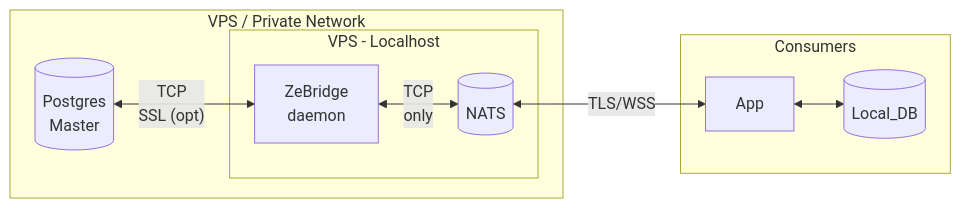
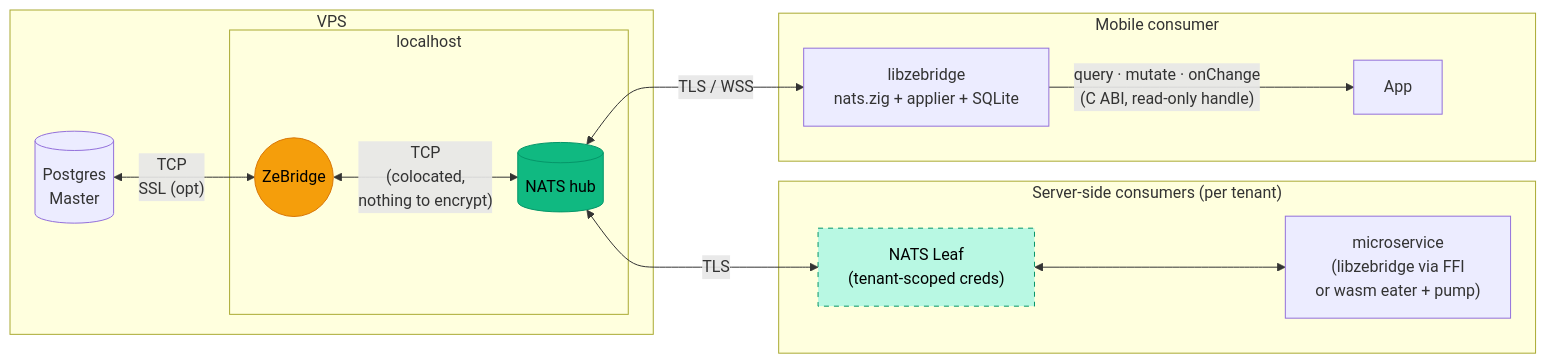
One commit to ndrean/ZeBridge changed the first of 2 diagrams in README.md. Above: the diagram before and after it, drawn with Mermaid. The commit also changed other lines of this file and 19 other files, not shown here.

````diff
--- a/README.md
+++ b/README.md
@@ -69,20 +74,30 @@
 ```mermaid
 flowchart LR
-    subgraph VPS["VPS / Private Network"]
-        PG[("Postgres <br> Master")]
-        subgraph Localhost ["VPS - Localhost"]
-        Bridge["ZeBridge <br> daemon"]
-        NATS[("NATS")]
+     subgraph VPS["VPS"]
+        PG[("Postgres<br>Master")]
+        subgraph Localhost ["localhost"]
+            Bridge(("ZeBridge"))
+            NATS[("NATS hub")]
+        end
+        PG <-- "TCP<br>SSL (opt)" --> Bridge
+        Bridge <--> |"TCP<br>(colocated,<br>nothing to encrypt)"| NATS
     end
 
-    PG <-- "TCP <br> SSL (opt)" --> Bridge
-  
-    Bridge <--> |"TCP" <br> only| NATS
-    end
-    NATS <-- TLS/WSS --> App
+    NATS <-- "TLS" --> NATS_L
+    NATS <-- "TLS / WSS" --> Lib
 
 
-    subgraph Consumers["Consumers"]
-        App["App"] <--> LocalDB[("Local_DB")]
+     subgraph Edge["Server-side consumers (per tenant)"]
+        NATS_L["NATS Leaf<br>(tenant-scoped creds)"]
+        NATS_L <--> Svc["microservice<br>(libzebridge via FFI<br>or wasm eater + pump)"]
     end
+
+    subgraph Mobile["Mobile consumer"]
+        Lib["libzebridge<br>nats.zig + applier + SQLite"]
+        Lib -- "query · mutate · onChange<br>(C ABI, read-only handle)" --> App["App"]
+    end
+
+    style Bridge fill:#f59e0b,stroke:#d97706,color:#000
+    style NATS fill:#10b981,stroke:#059669,color:#000
+    style NATS_L fill:#b8f8e3,stroke:#059669,stroke-dasharray:5 5,color:#000
 ```
````
